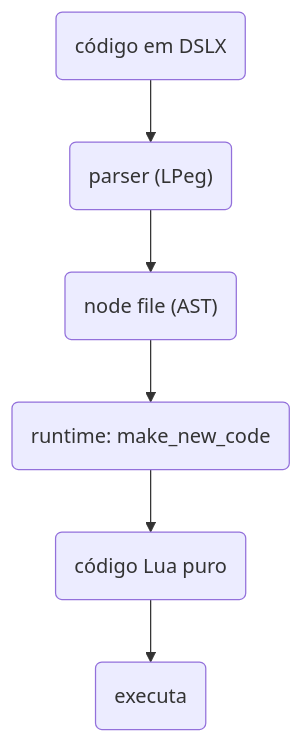
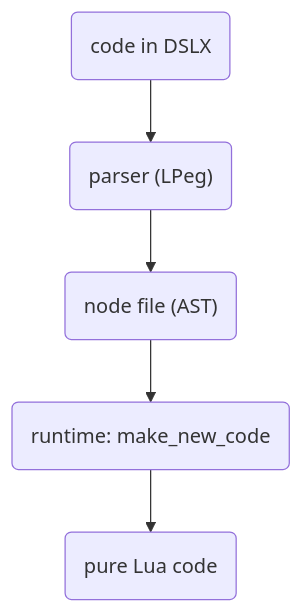
Before and after one commit to pessoa736/DLuaXML: the diagram in README.md, drawn with Mermaid. The commit also changed other lines of this file and 1 other file, not shown here.

````diff
--- a/README.md
+++ b/README.md
@@ -39,8 +41,7 @@
 ```mermaid
 graph TD;
-    A("código em DSLX") --> B("parser (LPeg)");
+    A("code in DSLX") --> B("parser (LPeg)");
     B --> C("node file (AST)");
     C --> D("runtime: make_new_code");
-    D --> E("código Lua puro");
-    E --> F("executa");
+    D --> E("pure Lua code");
 ```
````
